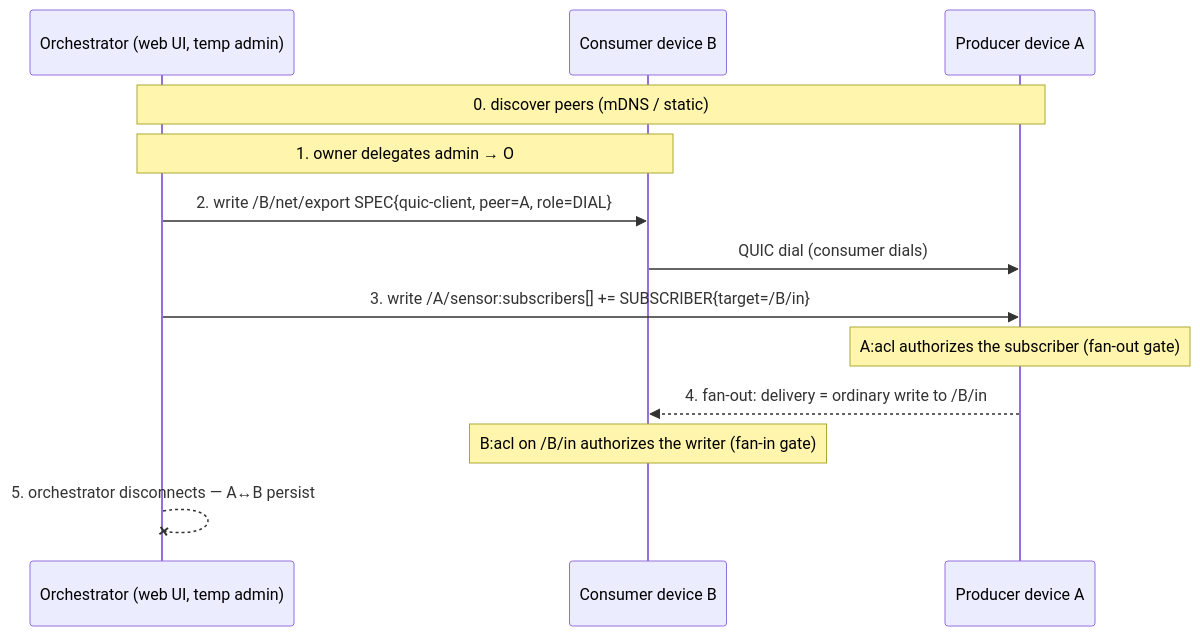
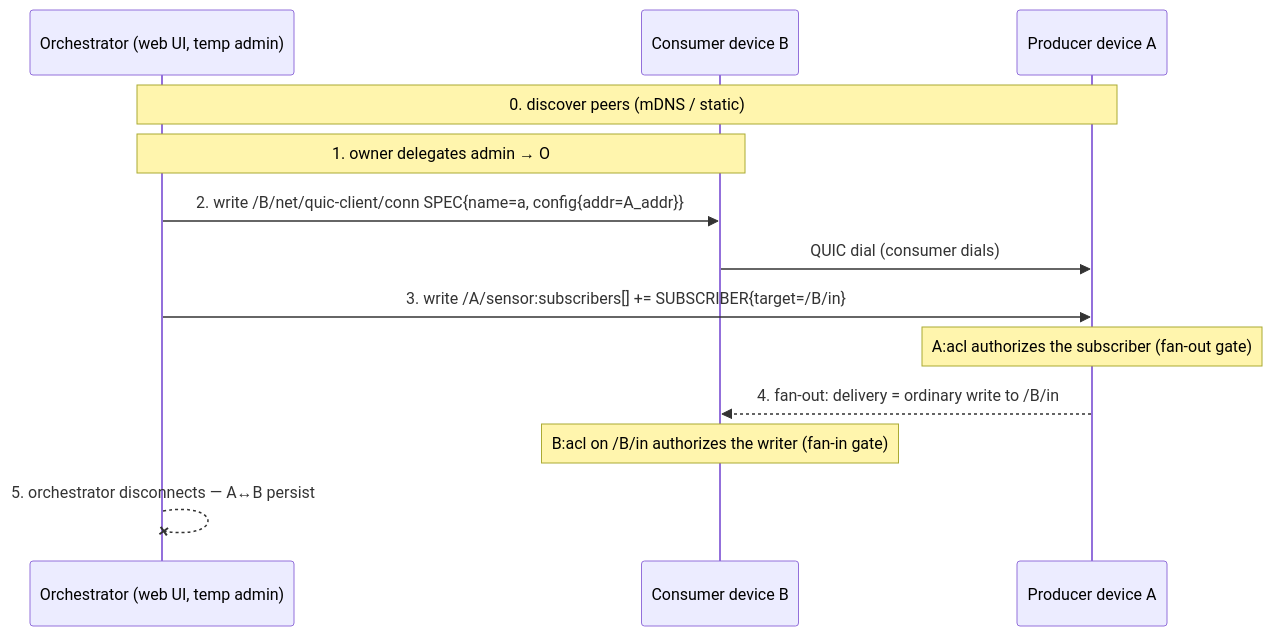
Before and after one commit to avatarsd-llc/libtracer: the diagram in docs/reference/13-network-formation.md, drawn with Mermaid. The commit also changed other lines of this file and 45 other files, not shown here.

````diff
--- a/docs/reference/13-network-formation.md
+++ b/docs/reference/13-network-formation.md
@@ -48,15 +49,15 @@
 ```{mermaid}
 sequenceDiagram
     participant O as Orchestrator (web UI, temp admin)
     participant B as Consumer device B
     participant A as Producer device A
     Note over O,A: 0. discover peers (mDNS / static)
     Note over O,B: 1. owner delegates admin → O
-    O->>B: 2. write /B/net/export SPEC{quic-client, peer=A, role=DIAL}
+    O->>B: 2. write /B/net/quic-client/conn SPEC{name=a, config{addr=A_addr}}
     B->>A: QUIC dial (consumer dials)
     O->>A: 3. write /A/sensor:subscribers[] += SUBSCRIBER{target=/B/in}
     Note over A: A:acl authorizes the subscriber (fan-out gate)
     A-->>B: 4. fan-out: delivery = ordinary write to /B/in
     Note over B: B:acl on /B/in authorizes the writer (fan-in gate)
     O--xO: 5. orchestrator disconnects — A↔B persist
 ```
````
